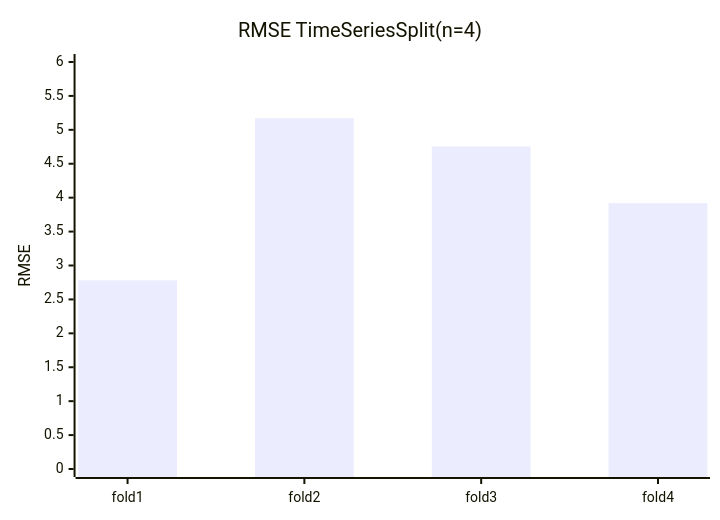
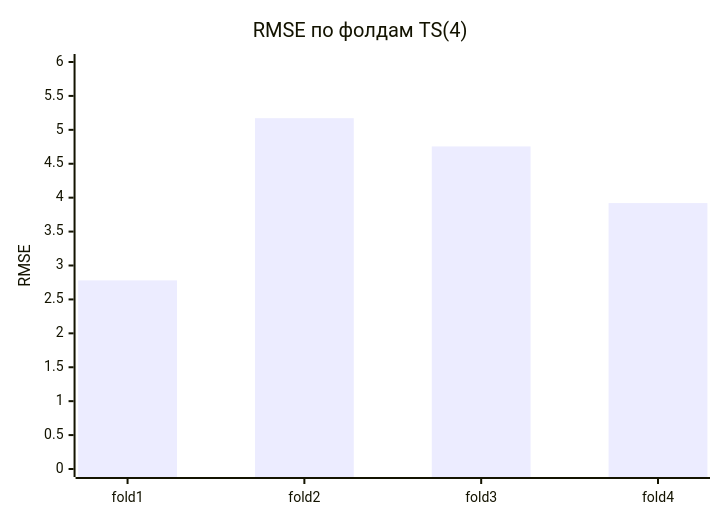
The fourth of 7 diagrams in experiments/soda-ml-nir_targetB_v6/README.md (Misha-42/soda-ml-carbonation-control), drawn with Mermaid before and after one commit. The commit also changed other lines of this file, not shown here.

````diff
--- a/experiments/soda-ml-nir_targetB_v6/README.md
+++ b/experiments/soda-ml-nir_targetB_v6/README.md
@@ -60,7 +122,7 @@
 ```mermaid
-    xychart-beta
-        title "RMSE TimeSeriesSplit(n=4)"
-        x-axis [fold1, fold2, fold3, fold4]
-        y-axis "RMSE" 0 --> 6
-        bar [2.781, 5.172, 4.755, 3.920]
+xychart-beta
+    title "RMSE по фолдам TS(4)"
+    x-axis [fold1, fold2, fold3, fold4]
+    y-axis "RMSE" 0 --> 6
+    bar [2.781, 5.172, 4.755, 3.920]
 ```
````
